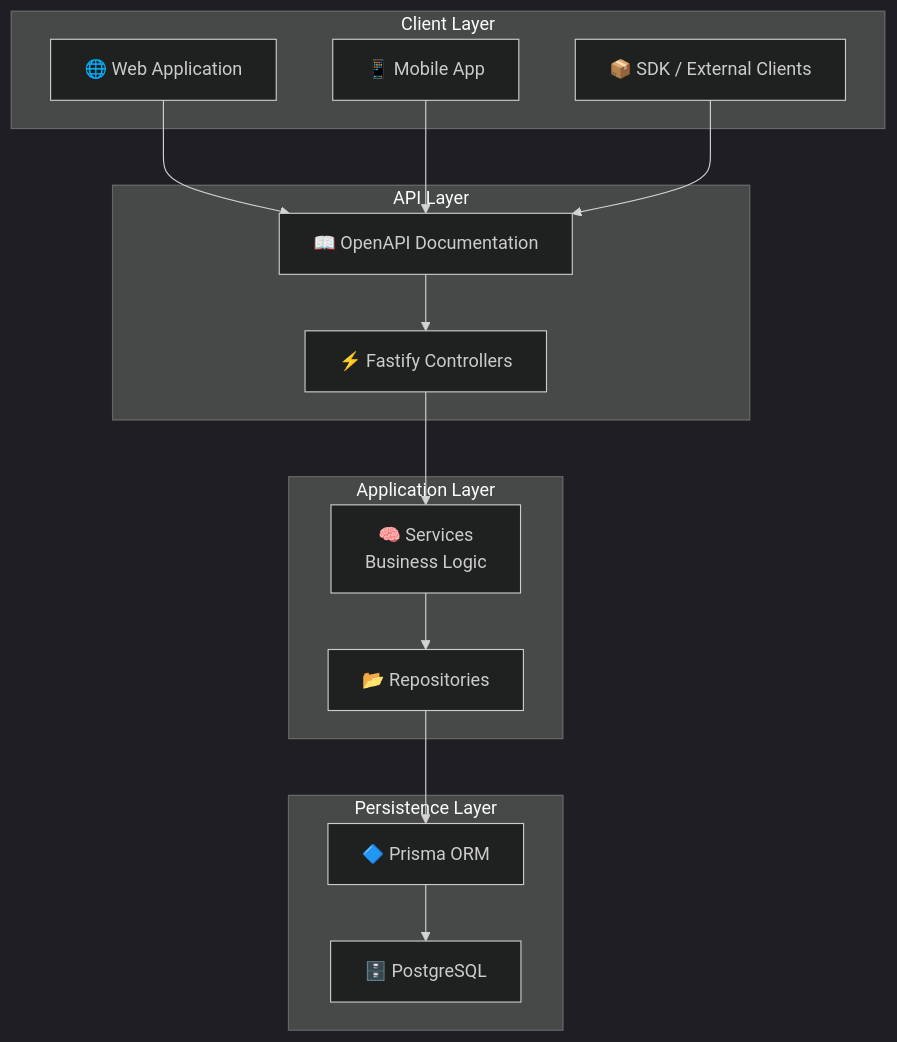
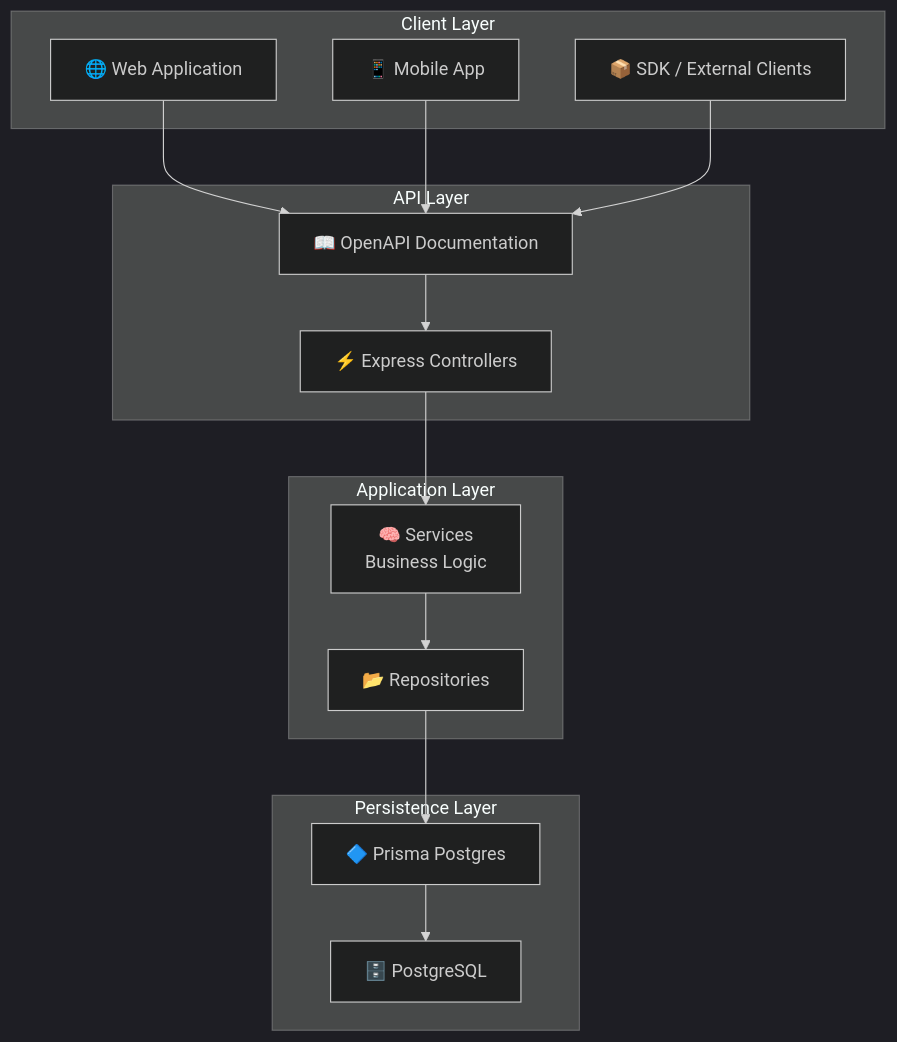
The third of 5 diagrams in README.md (evillan0315/vestara-admin-starter), drawn with Mermaid (dark theme) before and after one commit. The commit also changed other lines of this file and 21 other files, not shown here.

First line of the commit message:
feat: migrate to Prisma Postgres + simplify CI workflow

````diff
--- a/README.md
+++ b/README.md
@@ -1411,34 +1409,34 @@
 ```mermaid
 flowchart TB
 
     subgraph Clients["Client Layer"]
         WEB["🌐 Web Application"]
         MOBILE["📱 Mobile App"]
         SDK["📦 SDK / External Clients"]
     end
 
     subgraph API["API Layer"]
         OPENAPI["📖 OpenAPI Documentation"]
-        CONTROLLERS["⚡ Fastify Controllers"]
+        CONTROLLERS["⚡ Express Controllers"]
     end
 
     subgraph Domain["Application Layer"]
         SERVICES["🧠 Services<br/>Business Logic"]
         REPOSITORIES["📂 Repositories"]
     end
 
     subgraph Persistence["Persistence Layer"]
-        PRISMA["🔷 Prisma ORM"]
+        PRISMA["🔷 Prisma Postgres"]
         POSTGRES["🗄️ PostgreSQL"]
     end
 
     WEB --> OPENAPI
     MOBILE --> OPENAPI
     SDK --> OPENAPI
 
     OPENAPI --> CONTROLLERS
     CONTROLLERS --> SERVICES
     SERVICES --> REPOSITORIES
     REPOSITORIES --> PRISMA
     PRISMA --> POSTGRES
 ```
````
